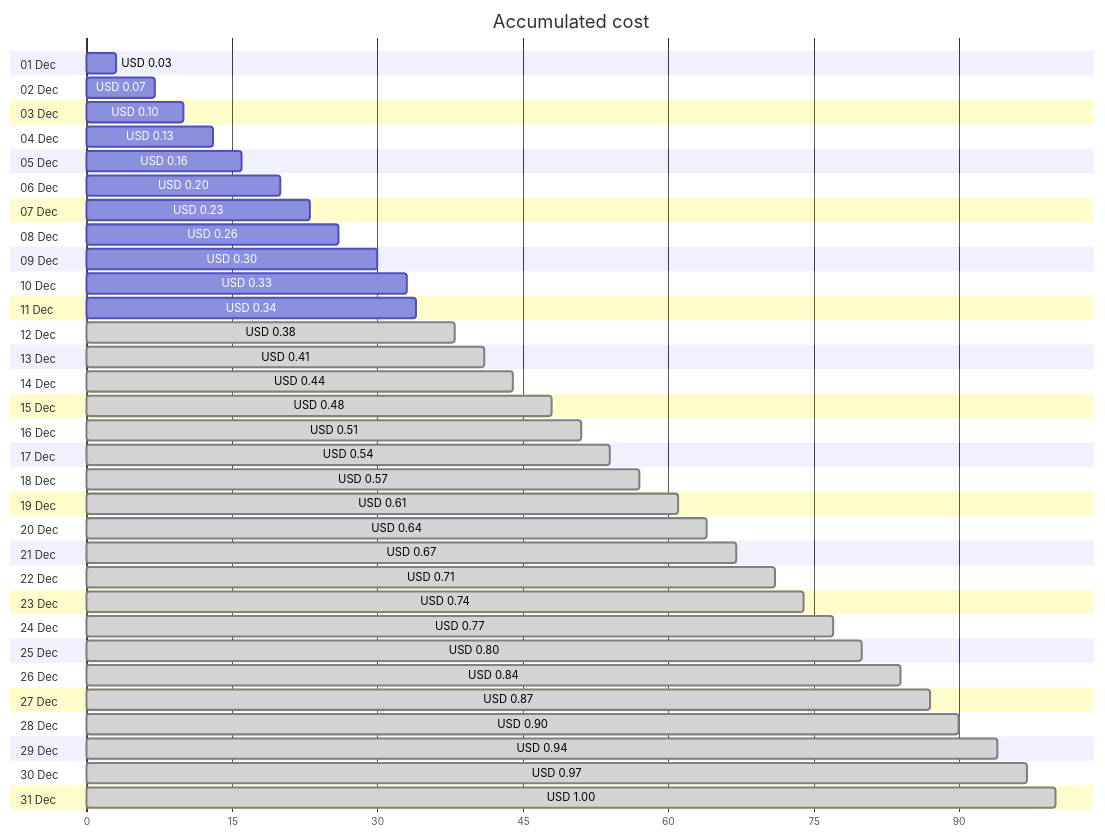
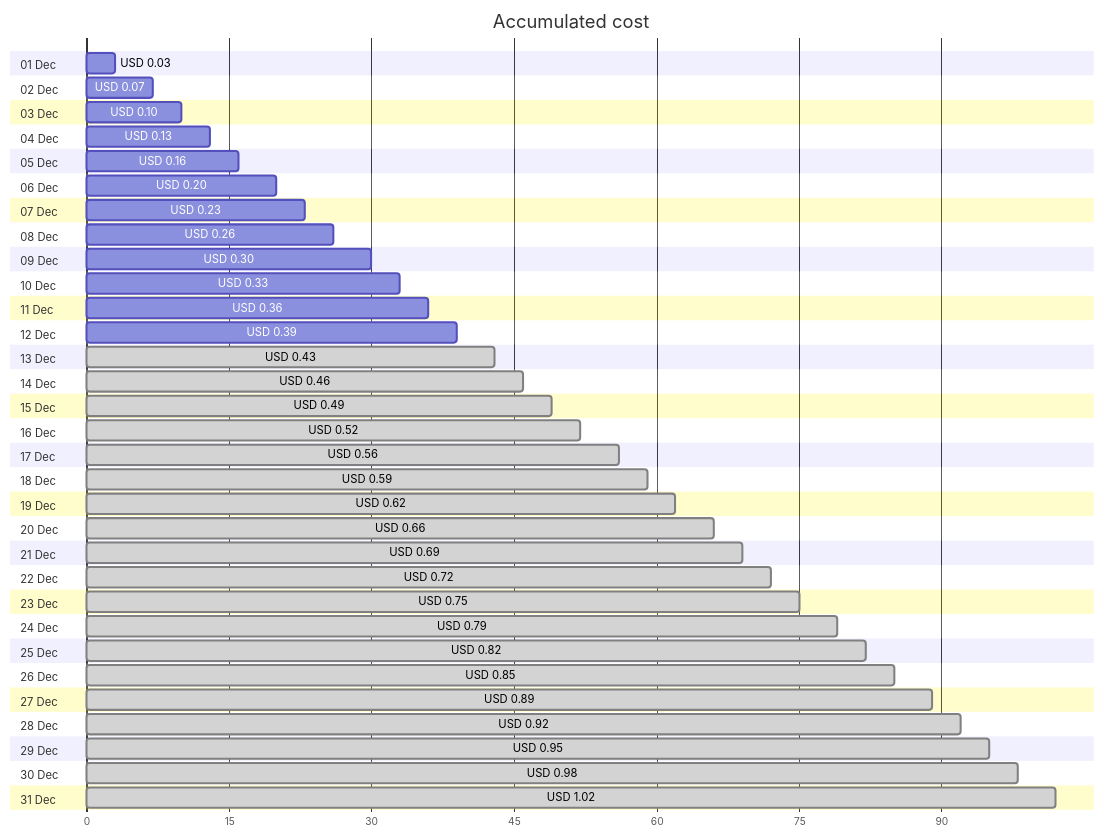
One commit to jpfulton/azure-personal-reports changed the first of 4 diagrams in cost-reports/personal-dns/README.md. Above: the diagram before and after it, drawn with Mermaid. The commit also changed other lines of this file and 2 other files, not shown here.

Commit message:
Generated reports [skip ci]

````diff
--- a/cost-reports/personal-dns/README.md
+++ b/cost-reports/personal-dns/README.md
@@ -20,68 +20,68 @@
 ```mermaid
 gantt
    title Accumulated cost
    dateFormat  X
    axisFormat %s
    section 01 Dec
    USD 0.03 :0, 3
    section 02 Dec
    USD 0.07 :0, 7
    section 03 Dec
    USD 0.10 :0, 10
    section 04 Dec
    USD 0.13 :0, 13
    section 05 Dec
    USD 0.16 :0, 16
    section 06 Dec
    USD 0.20 :0, 20
    section 07 Dec
    USD 0.23 :0, 23
    section 08 Dec
    USD 0.26 :0, 26
    section 09 Dec
    USD 0.30 :0, 30
    section 10 Dec
    USD 0.33 :0, 33
    section 11 Dec
-   USD 0.34 :0, 34
+   USD 0.36 :0, 36
    section 12 Dec
-   USD 0.38 : done, 0, 38
+   USD 0.39 :0, 39
    section 13 Dec
-   USD 0.41 : done, 0, 41
+   USD 0.43 : done, 0, 43
    section 14 Dec
-   USD 0.44 : done, 0, 44
+   USD 0.46 : done, 0, 46
    section 15 Dec
-   USD 0.48 : done, 0, 48
+   USD 0.49 : done, 0, 49
    section 16 Dec
-   USD 0.51 : done, 0, 51
+   USD 0.52 : done, 0, 52
    section 17 Dec
-   USD 0.54 : done, 0, 54
+   USD 0.56 : done, 0, 56
    section 18 Dec
-   USD 0.57 : done, 0, 57
+   USD 0.59 : done, 0, 59
    section 19 Dec
-   USD 0.61 : done, 0, 61
+   USD 0.62 : done, 0, 62
    section 20 Dec
-   USD 0.64 : done, 0, 64
+   USD 0.66 : done, 0, 66
    section 21 Dec
-   USD 0.67 : done, 0, 67
+   USD 0.69 : done, 0, 69
    section 22 Dec
-   USD 0.71 : done, 0, 71
+   USD 0.72 : done, 0, 72
    section 23 Dec
-   USD 0.74 : done, 0, 74
+   USD 0.75 : done, 0, 75
    section 24 Dec
-   USD 0.77 : done, 0, 77
+   USD 0.79 : done, 0, 79
    section 25 Dec
-   USD 0.80 : done, 0, 80
+   USD 0.82 : done, 0, 82
    section 26 Dec
-   USD 0.84 : done, 0, 84
+   USD 0.85 : done, 0, 85
    section 27 Dec
-   USD 0.87 : done, 0, 87
+   USD 0.89 : done, 0, 89
    section 28 Dec
-   USD 0.90 : done, 0, 90
+   USD 0.92 : done, 0, 92
    section 29 Dec
-   USD 0.94 : done, 0, 94
+   USD 0.95 : done, 0, 95
    section 30 Dec
-   USD 0.97 : done, 0, 97
+   USD 0.98 : done, 0, 98
    section 31 Dec
-   USD 1.00 : done, 0, 100
+   USD 1.02 : done, 0, 102
 ```
````
